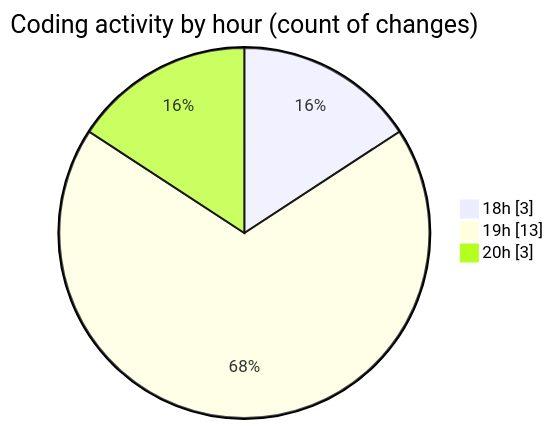
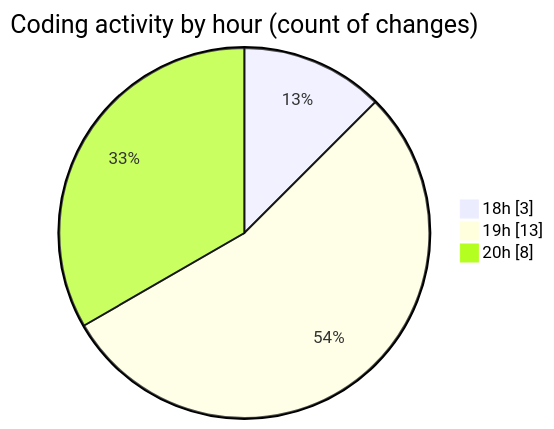
Before and after one commit to MatusMokan/code-tracking: the second of 2 diagrams in 2025-03-20/myws__workspace_/README.md, drawn with Mermaid. The commit also changed other lines of this file and 1 other file, not shown here.

````diff
--- a/2025-03-20/myws__workspace_/README.md
+++ b/2025-03-20/myws__workspace_/README.md
@@ -30,7 +30,7 @@
 ```mermaid
 pie showData
 title Coding activity by hour (count of changes)
 "18h" : 3
 "19h" : 13
-"20h" : 3
+"20h" : 8
 ```
````
